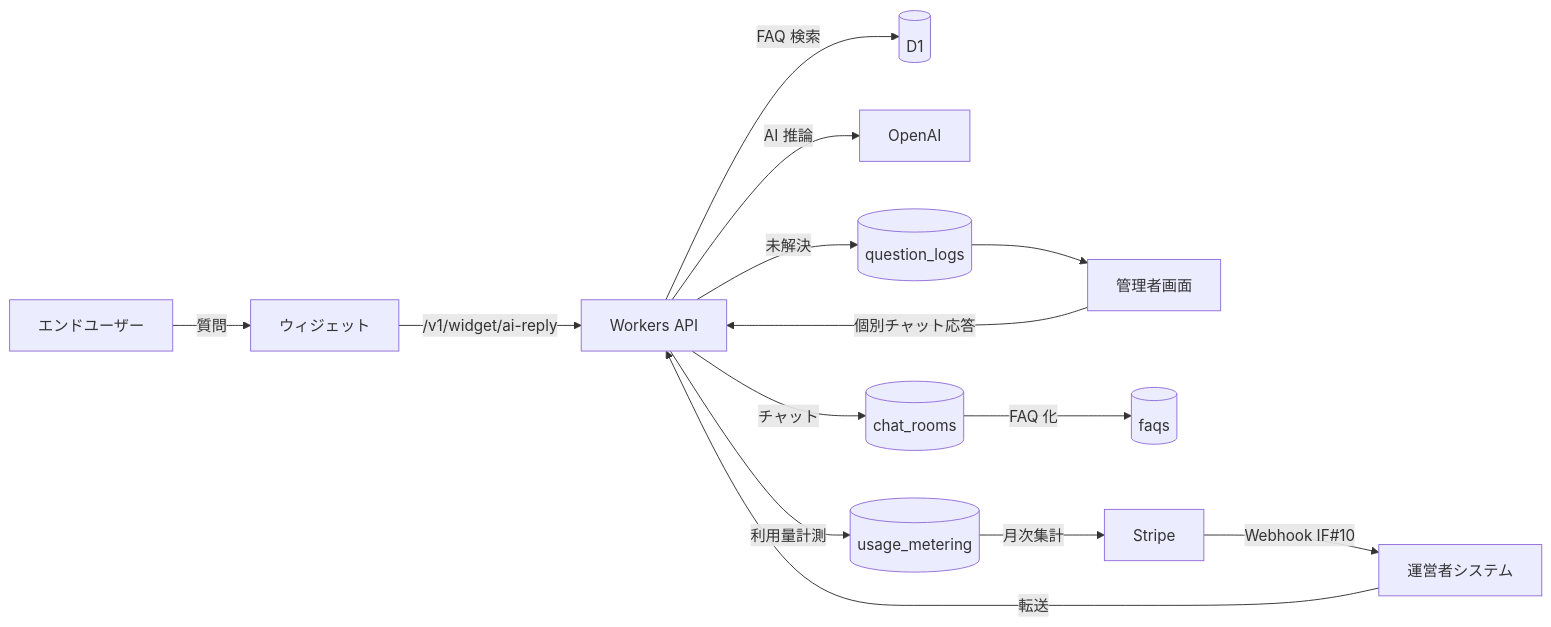
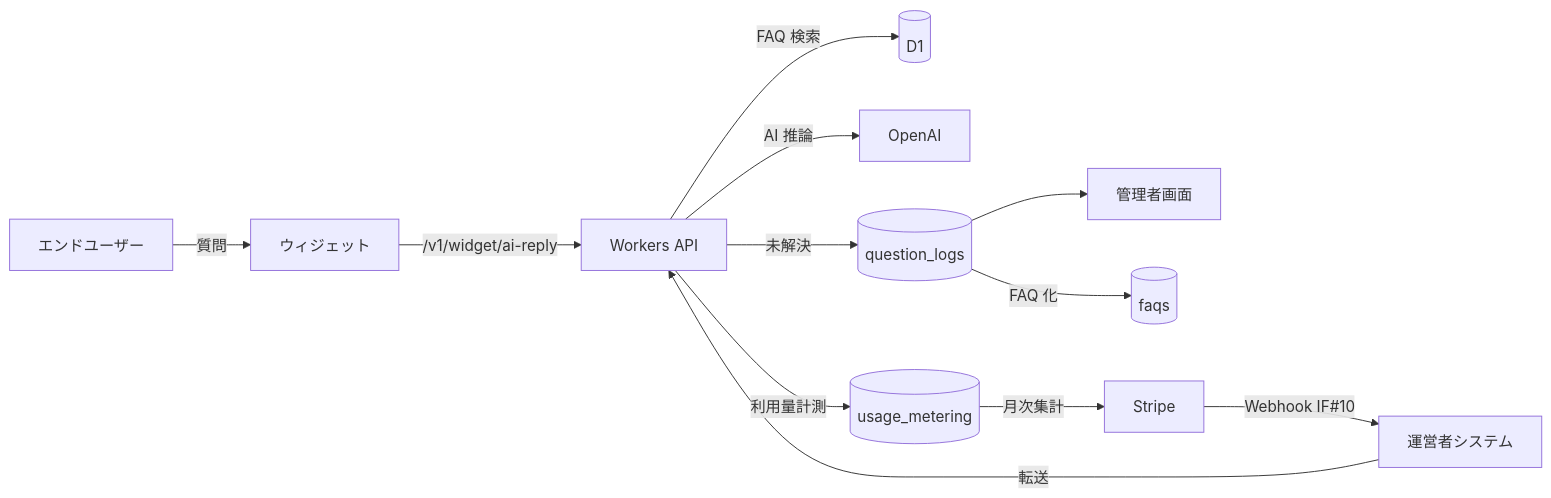
Before and after one commit to sikakou54/open-faq: the diagram in 01_メインシステム/02_基本設計/index.md, drawn with Mermaid. The commit also changed other lines of this file and 62 other files, not shown here.

````diff
--- a/01_メインシステム/02_基本設計/index.md
+++ b/01_メインシステム/02_基本設計/index.md
@@ -80,16 +79,14 @@
 ```mermaid
 graph LR
     EU[エンドユーザー] -->|質問| Widget[ウィジェット]
     Widget -->|/v1/widget/ai-reply| API[Workers API]
     API -->|FAQ 検索| D1[(D1)]
     API -->|AI 推論| OAI[OpenAI]
     API -->|未解決| Inquiry[(question_logs)]
     Inquiry --> Admin[管理者画面]
-    Admin -->|個別チャット応答| API
-    API -->|チャット| ChatRoom[(chat_rooms)]
-    ChatRoom -->|FAQ 化| FAQ[(faqs)]
+    Inquiry -->|FAQ 化| FAQ[(faqs)]
     API -->|利用量計測| Meter[(usage_metering)]
     Meter -->|月次集計| Stripe[Stripe]
     Stripe -->|Webhook IF#10| Operator[運営者システム]
     Operator -->|転送| API
 ```
````
